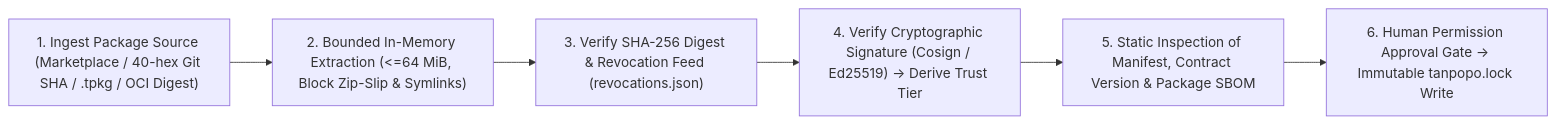
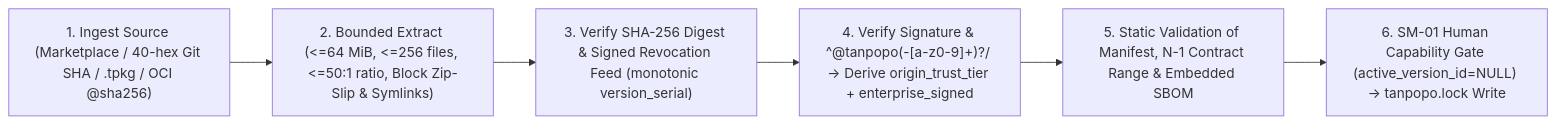
One commit to nguywnben/tanpopo changed the diagram in docs/security/plugin-sandbox-and-supply-chain.md. Above: the diagram before and after it, drawn with Mermaid. The commit also changed other lines of this file and 70 other files, not shown here.

````diff
--- a/docs/security/plugin-sandbox-and-supply-chain.md
+++ b/docs/security/plugin-sandbox-and-supply-chain.md
@@ -27,8 +28,8 @@
 ```mermaid
 flowchart LR
-    P1["1. Ingest Package Source (Marketplace / 40-hex Git SHA / .tpkg / OCI Digest)"] --> P2["2. Bounded In-Memory Extraction (<=64 MiB, Block Zip-Slip & Symlinks)"]
-    P2 --> P3["3. Verify SHA-256 Digest & Revocation Feed (revocations.json)"]
-    P3 --> P4["4. Verify Cryptographic Signature (Cosign / Ed25519) -> Derive Trust Tier"]
-    P4 --> P5["5. Static Inspection of Manifest, Contract Version & Package SBOM"]
-    P5 --> P6["6. Human Permission Approval Gate -> Immutable tanpopo.lock Write"]
+    P1["1. Ingest Source (Marketplace / 40-hex Git SHA / .tpkg / OCI @sha256)"] --> P2["2. Bounded Extract (<=64 MiB, <=256 files, <=50:1 ratio, Block Zip-Slip & Symlinks)"]
+    P2 --> P3["3. Verify SHA-256 Digest & Signed Revocation Feed (monotonic version_serial)"]
+    P3 --> P4["4. Verify Signature & ^@tanpopo(-[a-z0-9]+)?/ -> Derive origin_trust_tier + enterprise_signed"]
+    P4 --> P5["5. Static Validation of Manifest, N-1 Contract Range & Embedded SBOM"]
+    P5 --> P6["6. SM-01 Human Capability Gate (active_version_id=NULL) -> tanpopo.lock Write"]
 ```
````
